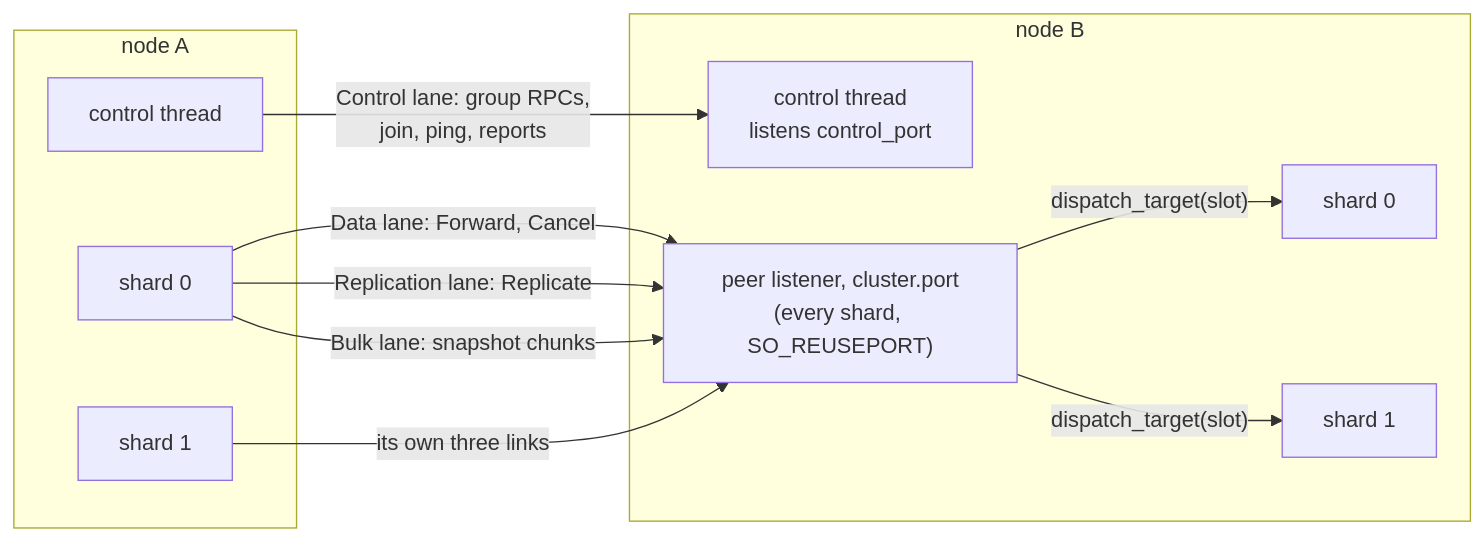
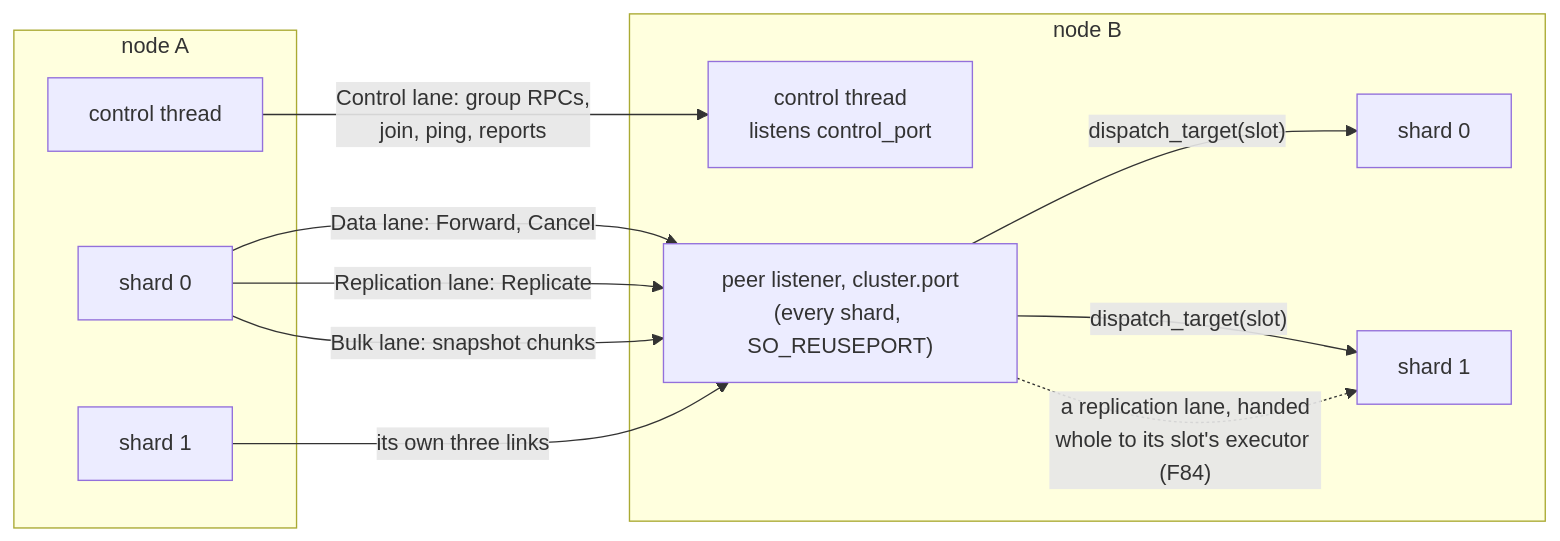
The first of 2 diagrams in docs/src/distributed/transport.md (mjcarson/shoal), drawn with Mermaid before and after one commit. The commit also changed other lines of this file and 38 other files, not shown here.

````diff
--- a/docs/src/distributed/transport.md
+++ b/docs/src/distributed/transport.md
@@ -26,21 +26,22 @@
 ```mermaid
 flowchart LR
     subgraph a["node A"]
         ac["control thread"]
         as0["shard 0"]
         as1["shard 1"]
     end
     subgraph b["node B"]
         bc["control thread<br/>listens control_port"]
         bl["peer listener, cluster.port<br/>(every shard, SO_REUSEPORT)"]
         bs0["shard 0"]
         bs1["shard 1"]
     end
     ac -- "Control lane: group RPCs,<br/>join, ping, reports" --> bc
     as0 -- "Data lane: Forward, Cancel" --> bl
     as0 -- "Replication lane: Replicate" --> bl
     as0 -- "Bulk lane: snapshot chunks" --> bl
     as1 -- "its own three links" --> bl
     bl -- "dispatch_target(slot)" --> bs0
     bl -- "dispatch_target(slot)" --> bs1
+    bl -.->|"a replication lane, handed<br/>whole to its slot's executor (F84)"| bs1
 ```
````
